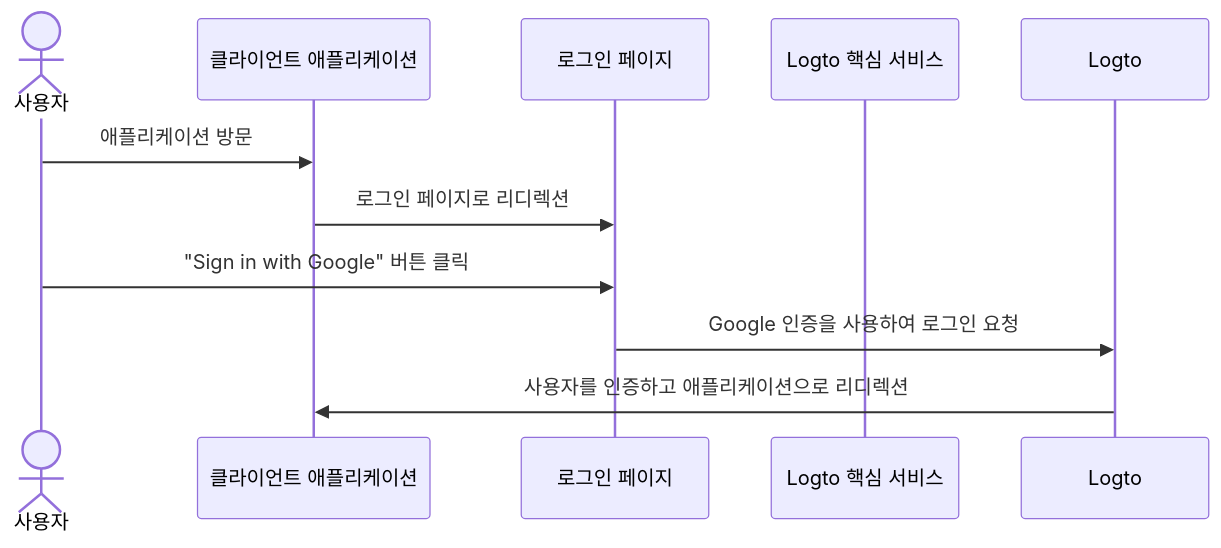
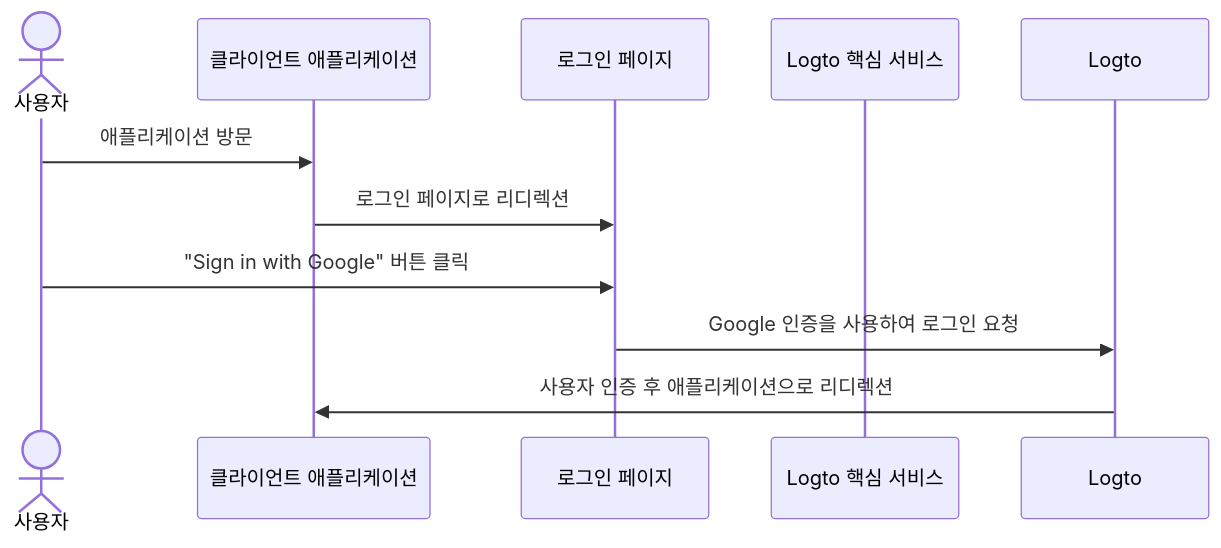
One commit to logto-io/docs changed the second of 5 diagrams in i18n/ko/docusaurus-plugin-content-docs/current/end-user-flows/sign-up-and-sign-in/social-sign-in.mdx. Above: the diagram before and after it, drawn with Mermaid. The commit also changed other lines of this file and 2629 other files, not shown here.

````diff
--- a/i18n/ko/docusaurus-plugin-content-docs/current/end-user-flows/sign-up-and-sign-in/social-sign-in.mdx
+++ b/i18n/ko/docusaurus-plugin-content-docs/current/end-user-flows/sign-up-and-sign-in/social-sign-in.mdx
@@ -79,13 +82,13 @@
 ```mermaid
 sequenceDiagram
 actor user as 사용자
     participant app as 클라이언트 애플리케이션
     participant experience as 로그인 페이지
     participant logto as Logto 핵심 서비스
 
     user->>app: 애플리케이션 방문
     app->>experience: 로그인 페이지로 리디렉션
     user->>experience: "Sign in with Google" 버튼 클릭
     experience->>Logto: Google 인증을 사용하여 로그인 요청
-    Logto->>app: 사용자를 인증하고 애플리케이션으로 리디렉션
+    Logto->>app: 사용자 인증 후 애플리케이션으로 리디렉션
 ```
````
